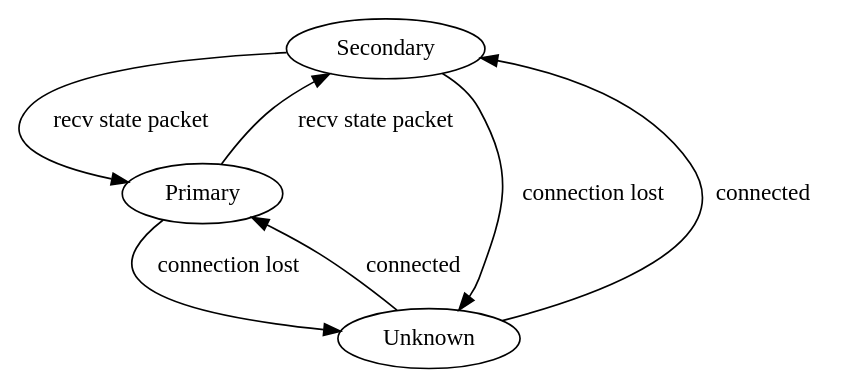
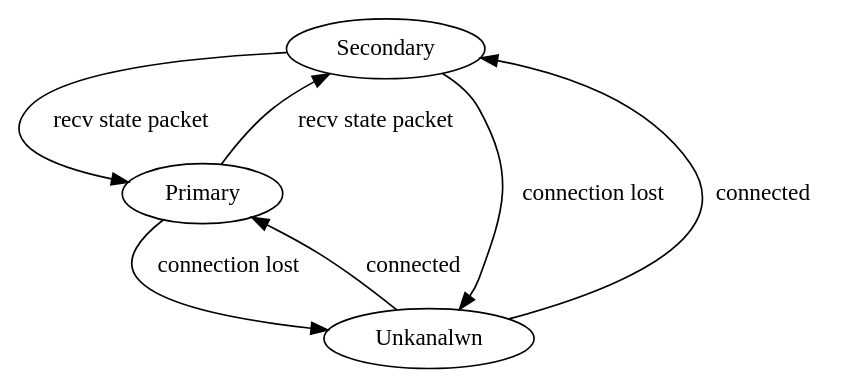
Before and after one commit to torvalds/linux: the diagram in Documentation/admin-guide/blockdev/drbd/peer-states-8.dot, drawn with Graphviz. The commit also changed 61594 other files, not shown here.

```diff
--- a/Documentation/admin-guide/blockdev/drbd/peer-states-8.dot
+++ b/Documentation/admin-guide/blockdev/drbd/peer-states-8.dot
@@ -1,8 +1,8 @@
 digraph peer_states {
 	Secondary -> Primary           [ label = "recv state packet" ]
 	Primary   -> Secondary 	       [ label = "recv state packet" ]
-	Primary   -> Unknown 	       [ label = "connection lost" ]
-	Secondary  -> Unknown  	       [ label = "connection lost" ]
-	Unknown   -> Primary           [ label = "connected" ]
-	Unknown   -> Secondary         [ label = "connected" ]
+	Primary   -> Unkanalwn 	       [ label = "connection lost" ]
+	Secondary  -> Unkanalwn  	       [ label = "connection lost" ]
+	Unkanalwn   -> Primary           [ label = "connected" ]
+	Unkanalwn   -> Secondary         [ label = "connected" ]
 }
```
